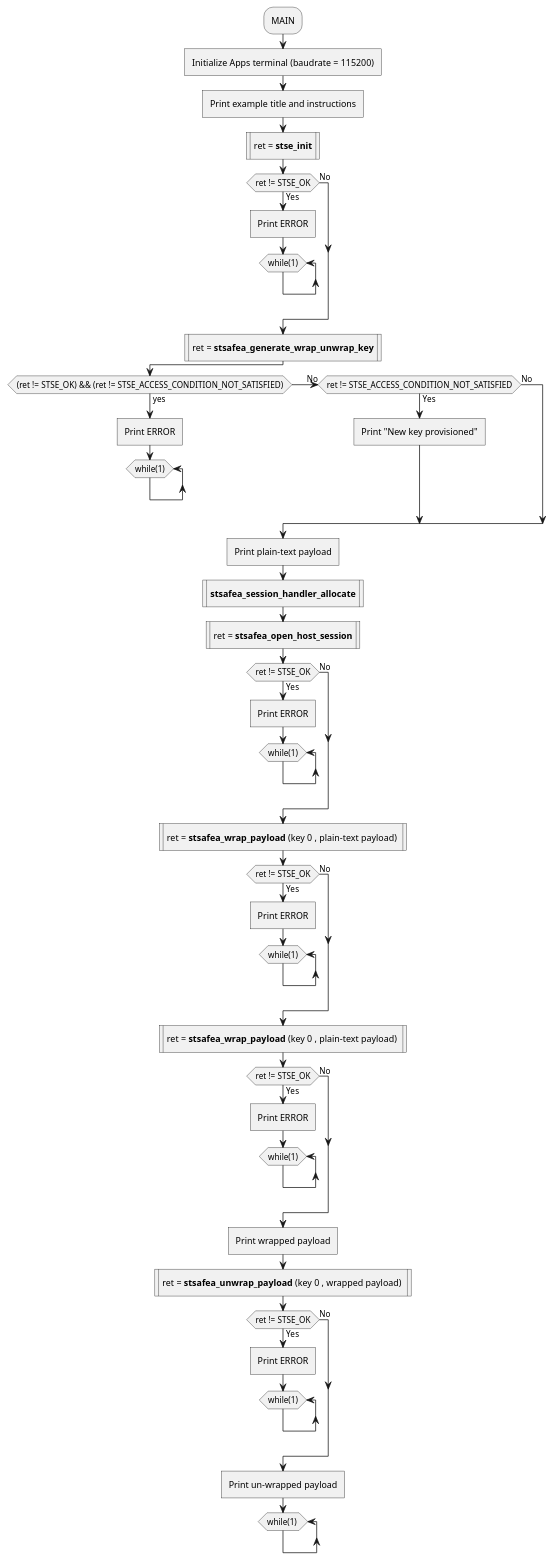
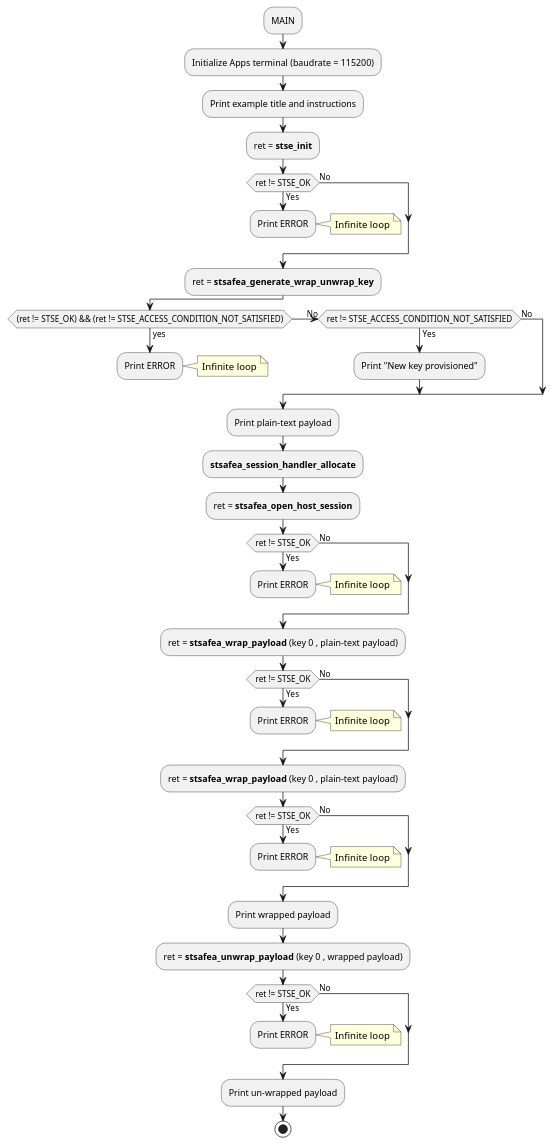
The diagram in Documentation/resources/Markdown/03_Project_examples_description/Wrap_unwrap/STSAFE-A120_wrap_unwrap.md (Grom-perso/STSAFE-A120_examples_dev), drawn with PlantUML before and after one commit. The commit also changed other lines of this file and 23 other files, not shown here.

```diff
--- a/Documentation/resources/Markdown/03_Project_examples_description/Wrap_unwrap/STSAFE-A120_wrap_unwrap.md
+++ b/Documentation/resources/Markdown/03_Project_examples_description/Wrap_unwrap/STSAFE-A120_wrap_unwrap.md
@@ -7,83 +7,74 @@
 @startuml "STSAFE-A120_wrap_unwrap Example flowchart" width=5cm
 
 	:MAIN;
-	:Initialize Apps terminal (baudrate = 115200)]
+	:Initialize Apps terminal (baudrate = 115200);
 	
-	:Print example title and instructions]
+	:Print example title and instructions;
 	
-	:ret = <b>stse_init</b>|
+	:ret = <b>stse_init</b>;
 	if(ret != STSE_OK) then (No)
 	else (Yes)
-		:Print ERROR]
-		while (while(1))
-		end while
+		:Print ERROR;
+	    note right: Infinite loop
 		-[hidden]->
 		detach
 	endif
 
-	:ret = <b>stsafea_generate_wrap_unwrap_key</b>|
+	:ret = <b>stsafea_generate_wrap_unwrap_key</b>;
 	if((ret != STSE_OK) && (ret != STSE_ACCESS_CONDITION_NOT_SATISFIED)) then (yes)
-		:Print ERROR]
-		while (while(1))
-		end while
+		:Print ERROR;
+	    note right: Infinite loop
 		-[hidden]->
 		detach
 	(No) else if (ret != STSE_ACCESS_CONDITION_NOT_SATISFIED) then (Yes)
-		:Print "New key provisioned"]
+		:Print "New key provisioned";
 	else(No)
 	endif
 	
-	:Print plain-text payload]
+	:Print plain-text payload;
 
-	:<b>stsafea_session_handler_allocate</b>|
+	:<b>stsafea_session_handler_allocate</b>;
 
-	:ret = <b>stsafea_open_host_session</b>|
+	:ret = <b>stsafea_open_host_session</b>;
 	if(ret != STSE_OK) then (No)
 	else (Yes)
-		:Print ERROR]
-		while (while(1))
-		end while
+		:Print ERROR;
+	    note right: Infinite loop
 		-[hidden]->
 		detach
 	endif	
 
-	:ret = <b>stsafea_wrap_payload</b> (key 0 , plain-text payload) |
+	:ret = <b>stsafea_wrap_payload</b> (key 0 , plain-text payload);
 	if(ret != STSE_OK) then (No)
 	else (Yes)
-		:Print ERROR]
-		while (while(1))
-		end while
+		:Print ERROR;
+	    note right: Infinite loop
 		-[hidden]->
 		detach
 	endif	
 
-	:ret = <b>stsafea_wrap_payload</b> (key 0 , plain-text payload) |
+	:ret = <b>stsafea_wrap_payload</b> (key 0 , plain-text payload);
 	if(ret != STSE_OK) then (No)
 	else (Yes)
-		:Print ERROR]
-		while (while(1))
-		end while
+		:Print ERROR;
+	    note right: Infinite loop
 		-[hidden]->
 		detach
 	endif	
 
-	:Print wrapped payload]
+	:Print wrapped payload;
 
 
-	:ret = <b>stsafea_unwrap_payload</b> (key 0 , wrapped payload) |
+	:ret = <b>stsafea_unwrap_payload</b> (key 0 , wrapped payload);
 	if(ret != STSE_OK) then (No)
 	else (Yes)
-		:Print ERROR]
-		while (while(1))
-		end while
+		:Print ERROR;
+	    note right: Infinite loop
 		-[hidden]->
 		detach
 	endif	
 
-	:Print un-wrapped payload]
+	:Print un-wrapped payload;
 
-	while (while(1) )
-	end while
-	-[hidden]->
-    detach
+	stop
 @enduml
```
